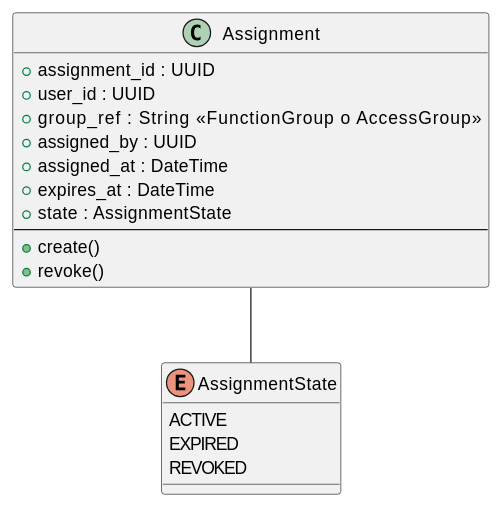
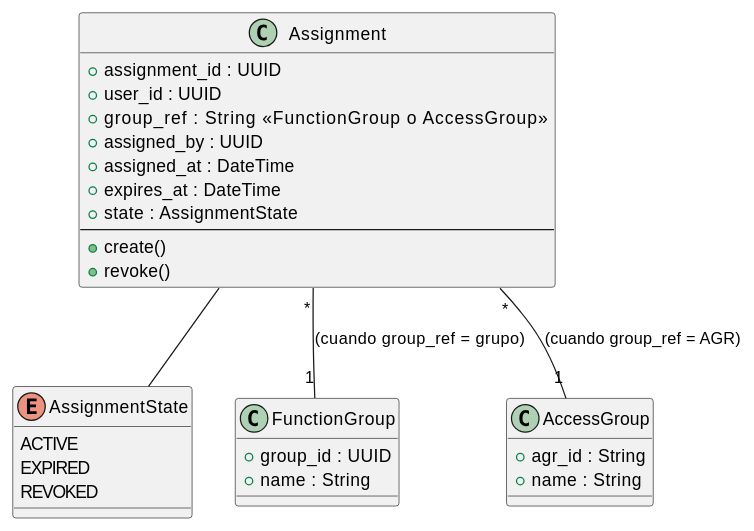
One commit to jcg-admin/IACT-docs changed the diagram in source/arquitectura-tecnica/domain-model/assignment.rst. Above: the diagram before and after it, drawn with PlantUML. The commit also changed other lines of this file and 51 other files, not shown here.

```diff
--- a/source/arquitectura-tecnica/domain-model/assignment.rst
+++ b/source/arquitectura-tecnica/domain-model/assignment.rst
@@ -25,27 +25,39 @@
 .. uml::
  :caption: Clase Assignment — asignacion de grupo a usuario.
 
  @startuml
 
  class Assignment {
    + assignment_id : UUID
    + user_id : UUID
    + group_ref : String       <<FunctionGroup o AccessGroup>>
    + assigned_by : UUID
    + assigned_at : DateTime
    + expires_at : DateTime
    + state : AssignmentState
    --
    + create()
    + revoke()
  }
 
  enum AssignmentState {
    ACTIVE
    EXPIRED
    REVOKED
  }
 
+ class FunctionGroup {
+   + group_id : UUID
+   + name : String
+ }
+
+ class AccessGroup {
+   + agr_id : String
+   + name : String
+ }
+
  Assignment -- AssignmentState
+ Assignment "*" -- "1" FunctionGroup : (cuando group_ref = grupo)
+ Assignment "*" -- "1" AccessGroup   : (cuando group_ref = AGR)
 
  @enduml
```
